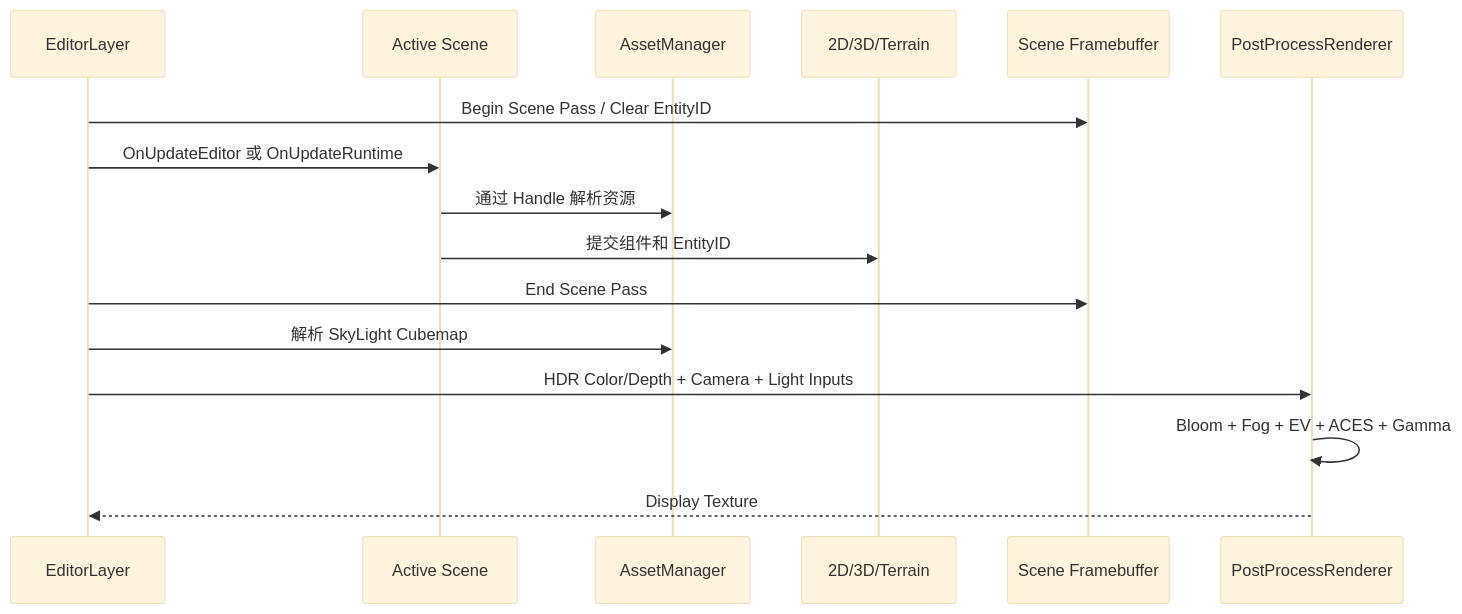
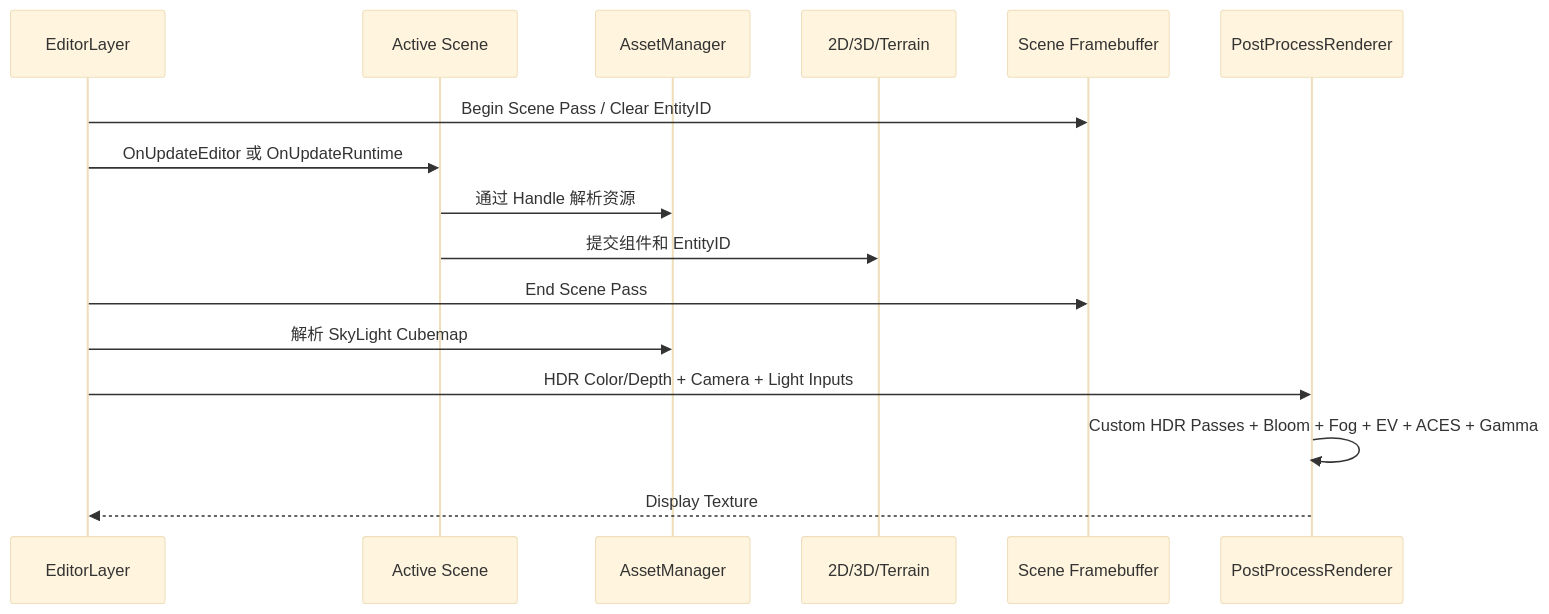
One commit to Ch1aki7/Glimmer changed the sixth of 7 diagrams in ARCHITECTURE.md. Above: the diagram before and after it, drawn with Mermaid (base theme). The commit also changed other lines of this file and 21 other files, not shown here.

````diff
--- a/ARCHITECTURE.md
+++ b/ARCHITECTURE.md
@@ -431,18 +431,18 @@
 ```mermaid
 sequenceDiagram
     participant Editor as EditorLayer
     participant Scene as Active Scene
     participant Assets as AssetManager
     participant Renderers as 2D/3D/Terrain
     participant FBO as Scene Framebuffer
     participant Post as PostProcessRenderer
     Editor->>FBO: Begin Scene Pass / Clear EntityID
     Editor->>Scene: OnUpdateEditor 或 OnUpdateRuntime
     Scene->>Assets: 通过 Handle 解析资源
     Scene->>Renderers: 提交组件和 EntityID
     Editor->>FBO: End Scene Pass
     Editor->>Assets: 解析 SkyLight Cubemap
     Editor->>Post: HDR Color/Depth + Camera + Light Inputs
-    Post->>Post: Bloom + Fog + EV + ACES + Gamma
+    Post->>Post: Custom HDR Passes + Bloom + Fog + EV + ACES + Gamma
     Post-->>Editor: Display Texture
 ```
````
